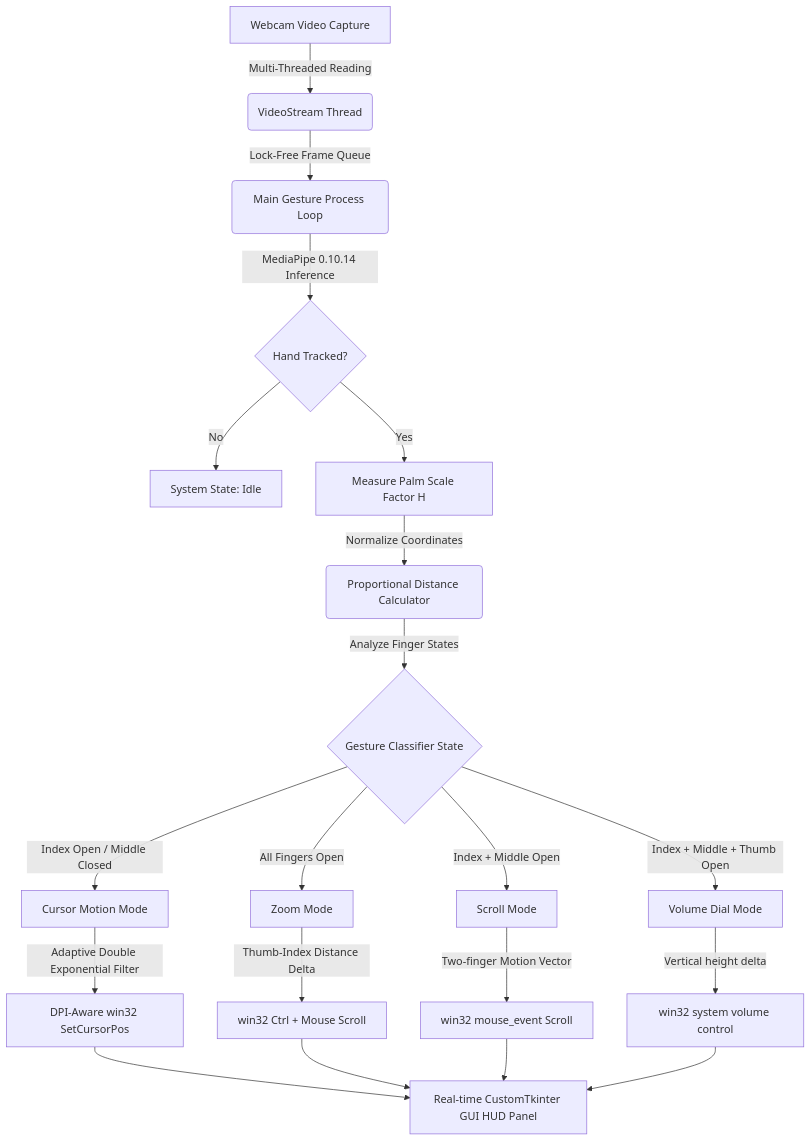
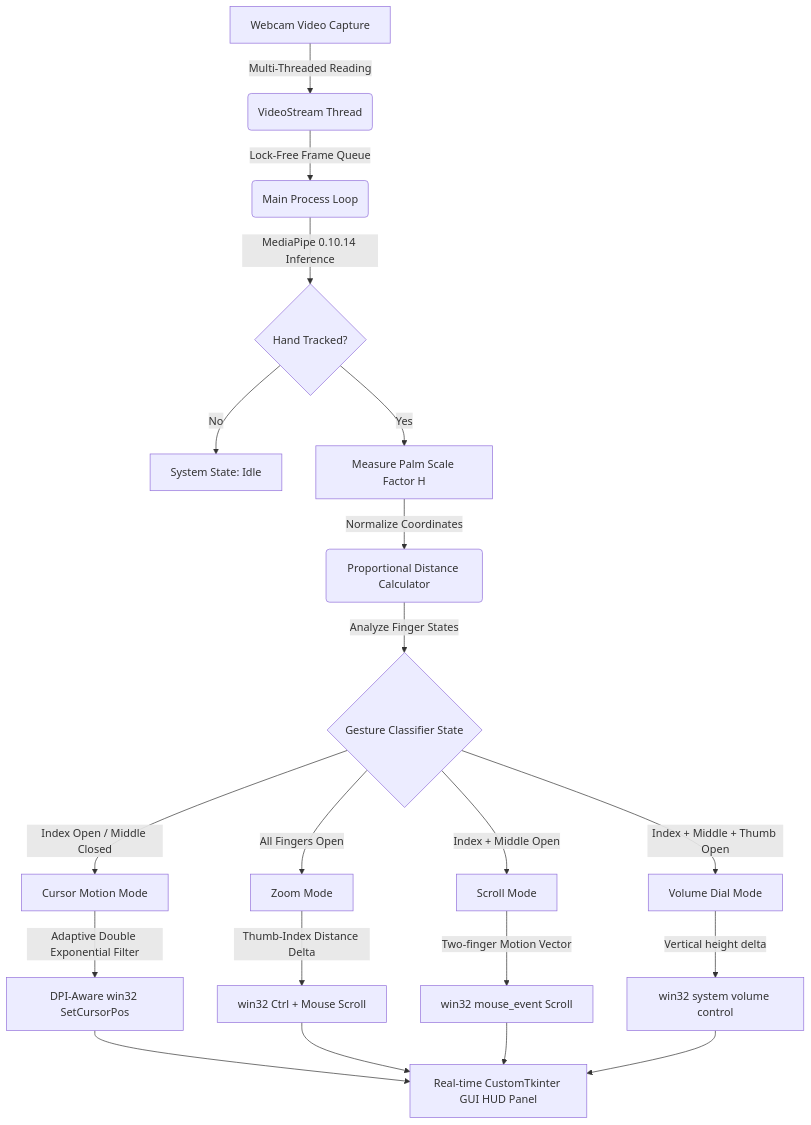
One commit to idusha-manaka/AeroGlide changed the diagram in README.md. Above: the diagram before and after it, drawn with Mermaid. The commit also changed other lines of this file and 1 other file, not shown here.

````diff
--- a/README.md
+++ b/README.md
@@ -83,24 +184,24 @@
 ```mermaid
 graph TD
     A[Webcam Video Capture] -->|Multi-Threaded Reading| B(VideoStream Thread)
-    B -->|Lock-Free Frame Queue| C(Main Gesture Process Loop)
+    B -->|Lock-Free Frame Queue| C(Main Process Loop)
     C -->|MediaPipe 0.10.14 Inference| D{Hand Tracked?}
     D -->|No| E[System State: Idle]
     D -->|Yes| F[Measure Palm Scale Factor H]
     F -->|Normalize Coordinates| G(Proportional Distance Calculator)
     G -->|Analyze Finger States| H{Gesture Classifier State}
     
     H -->|Index Open / Middle Closed| I[Cursor Motion Mode]
     I -->|Adaptive Double Exponential Filter| J[DPI-Aware win32 SetCursorPos]
     
     H -->|All Fingers Open| K[Zoom Mode]
     K -->|Thumb-Index Distance Delta| L[win32 Ctrl + Mouse Scroll]
     
     H -->|Index + Middle Open| M[Scroll Mode]
     M -->|Two-finger Motion Vector| N[win32 mouse_event Scroll]
     
     H -->|Index + Middle + Thumb Open| O[Volume Dial Mode]
     O -->|Vertical height delta| P[win32 system volume control]
     
     J & L & N & P --> Q[Real-time CustomTkinter GUI HUD Panel]
 ```
````
